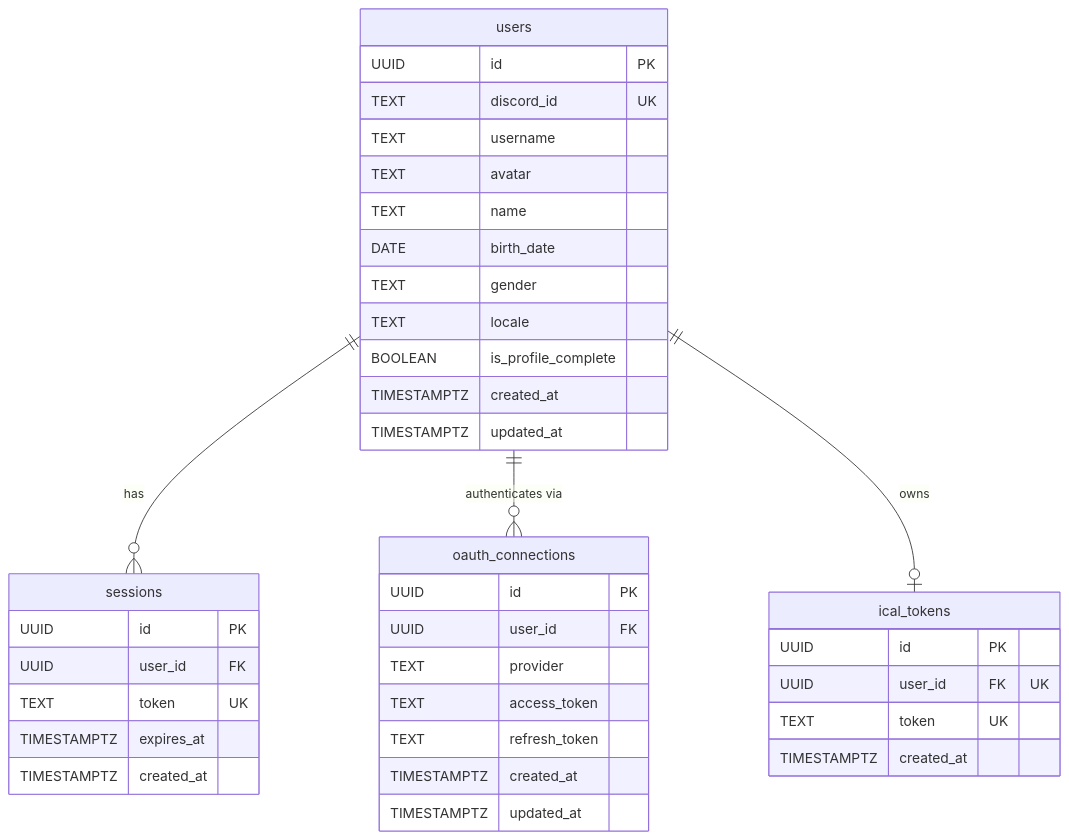
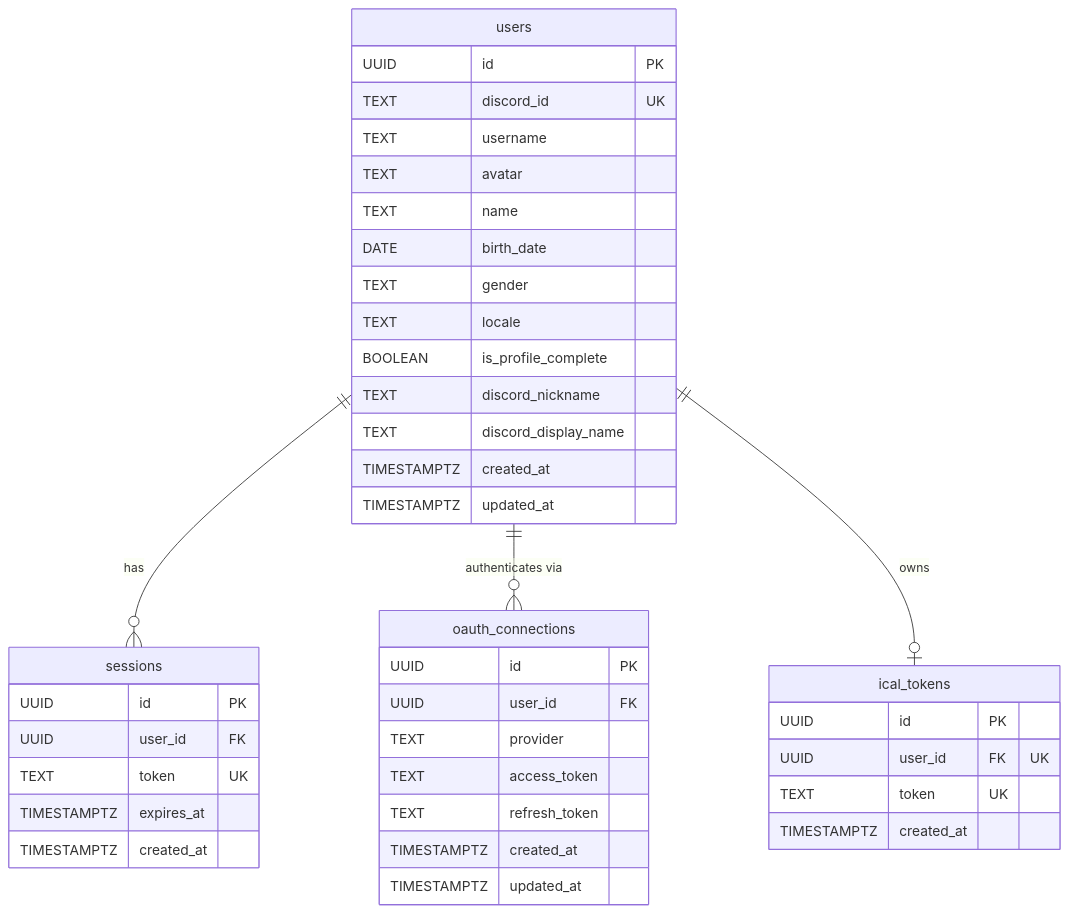
Before and after one commit to maxa-ondrej/sideline: the second of 12 diagrams in docs/thesis/er-diagram.md, drawn with Mermaid. The commit also changed 35 other files, not shown here.

First line of the commit message:
fix: add discord display name to formatName fallback chain (#221)

````diff
--- a/docs/thesis/er-diagram.md
+++ b/docs/thesis/er-diagram.md
@@ -91,45 +91,47 @@
 ```mermaid
 erDiagram
     users {
         UUID id PK
         TEXT discord_id UK
         TEXT username
         TEXT avatar
         TEXT name
         DATE birth_date
         TEXT gender
         TEXT locale
         BOOLEAN is_profile_complete
+        TEXT discord_nickname
+        TEXT discord_display_name
         TIMESTAMPTZ created_at
         TIMESTAMPTZ updated_at
     }
 
     sessions {
         UUID id PK
         UUID user_id FK
         TEXT token UK
         TIMESTAMPTZ expires_at
         TIMESTAMPTZ created_at
     }
 
     oauth_connections {
         UUID id PK
         UUID user_id FK
         TEXT provider
         TEXT access_token
         TEXT refresh_token
         TIMESTAMPTZ created_at
         TIMESTAMPTZ updated_at
     }
 
     ical_tokens {
         UUID id PK
         UUID user_id FK "UK"
         TEXT token UK
         TIMESTAMPTZ created_at
     }
 
     users ||--o{ sessions : "has"
     users ||--o{ oauth_connections : "authenticates via"
     users ||--o| ical_tokens : "owns"
 ```
````
